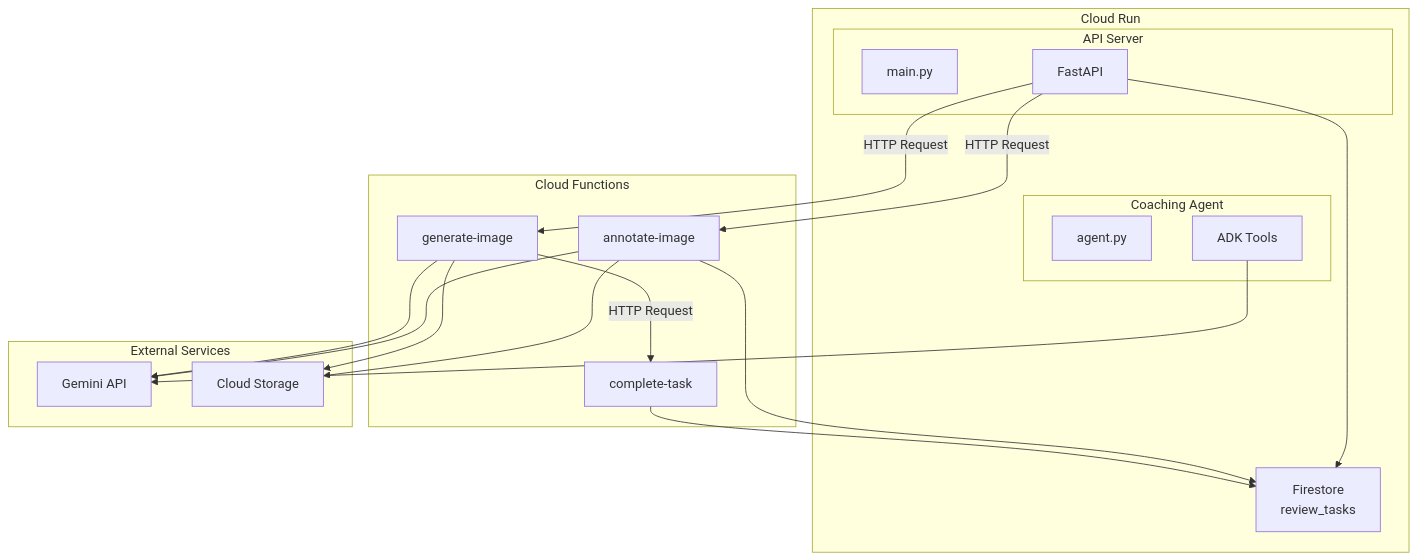
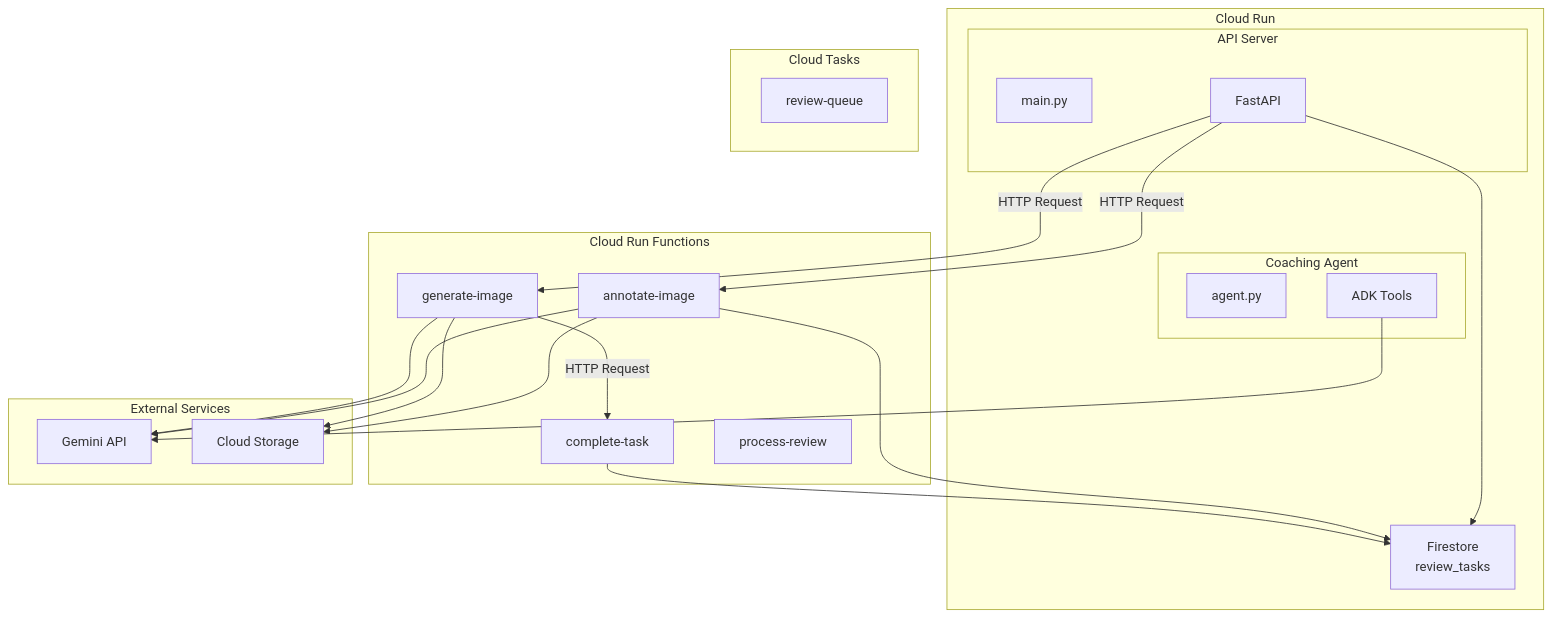
Before and after one commit to nuance-sudo/drawing-practice-agent-gch4: the second of 3 diagrams in docs/architecture.md, drawn with Mermaid. The commit also changed other lines of this file and 10 other files, not shown here.

````diff
--- a/docs/architecture.md
+++ b/docs/architecture.md
@@ -181,37 +186,42 @@
 ```mermaid
 flowchart TB
     subgraph CloudRun["Cloud Run"]
         subgraph APIServer["API Server"]
             A[main.py]
             B[FastAPI]
         end
         subgraph Agent["Coaching Agent"]
             C[agent.py]
             D[ADK Tools]
         end
         E[Firestore<br/>review_tasks]
     end
     
-    subgraph CloudFunctions["Cloud Functions"]
+    subgraph CloudFunctions["Cloud Run Functions"]
         F0[annotate-image]
         F1[generate-image]
         F2[complete-task]
+        F3[process-review]
+    end
+    
+    subgraph CloudTasks["Cloud Tasks"]
+        T1[review-queue]
     end
 
     subgraph External["External Services"]
         G[Gemini API]
         H[Cloud Storage]
     end
     
     B --> E
     D --> G
     B -->|HTTP Request| F0
     F0 --> G
     F0 --> H
     F0 --> E
     B -->|HTTP Request| F1
     F1 --> G
     F1 --> H
     F1 -->|HTTP Request| F2
     F2 --> E
 ```
````
